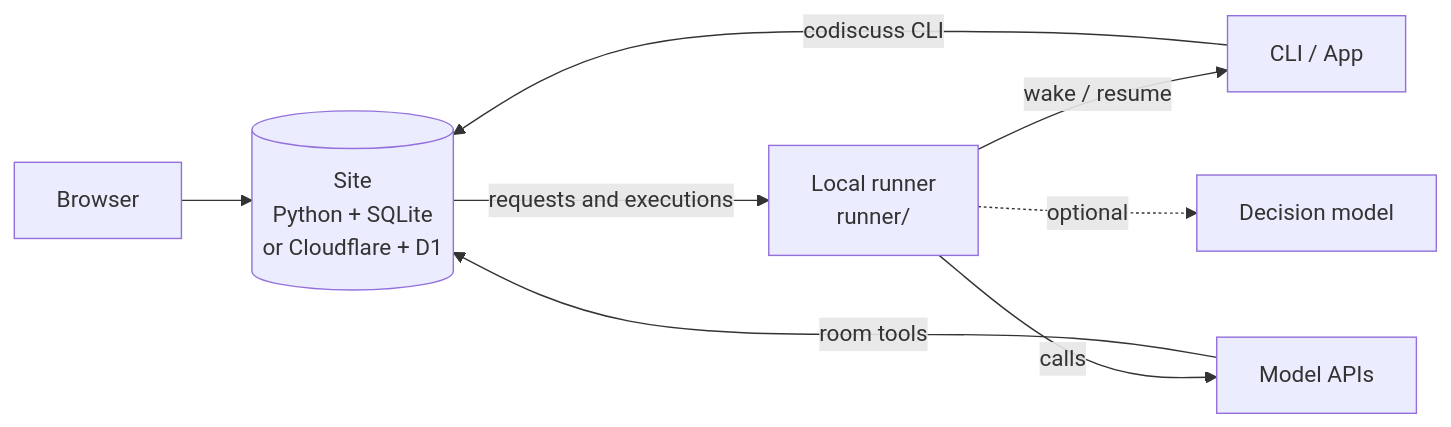
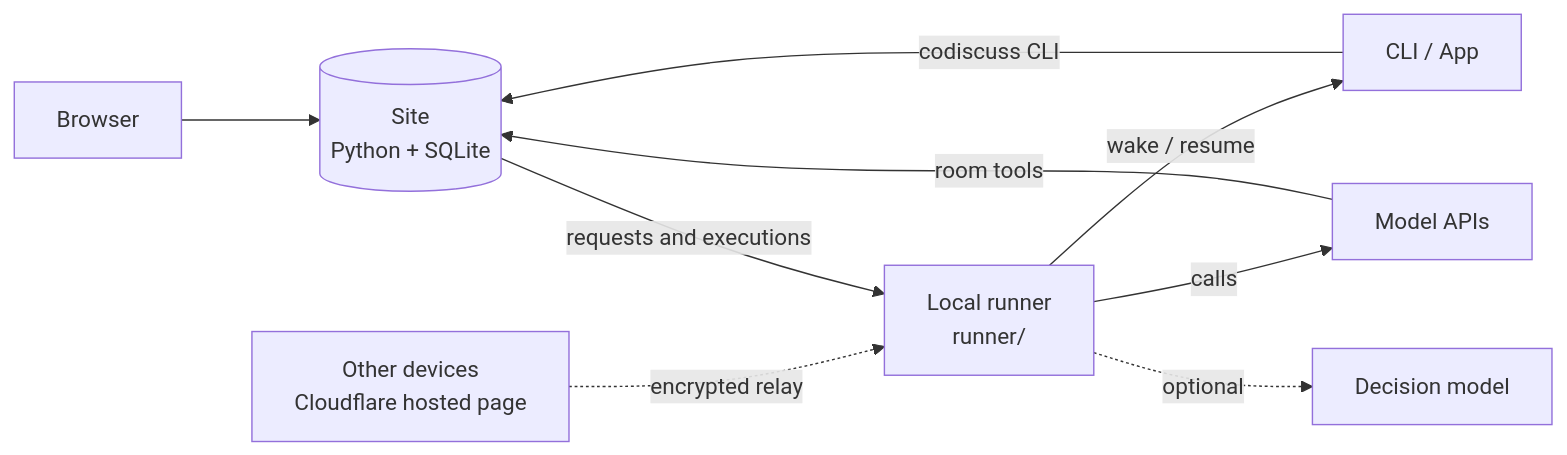
One commit to huyan1458/ai_co_discuss changed the diagram in docs/en/architecture.md. Above: the diagram before and after it, drawn with Mermaid. The commit also changed other lines of this file and 67 other files, not shown here.

````diff
--- a/docs/en/architecture.md
+++ b/docs/en/architecture.md
@@ -7,10 +7,11 @@
 ```mermaid
 flowchart LR
-    U[Browser] --> S[(Site<br>Python + SQLite<br>or Cloudflare + D1)]
+    U[Browser] --> S[(Site<br>Python + SQLite)]
+    P[Other devices<br>Cloudflare hosted page] -. encrypted relay .-> R
     S -- requests and executions --> R[Local runner<br>runner/]
     R -- wake / resume --> A[CLI / App]
     R -- calls --> M[Model APIs]
     R -. optional .-> D[Decision model]
     A -- codiscuss CLI --> S
     M -- room tools --> S
 ```
````
